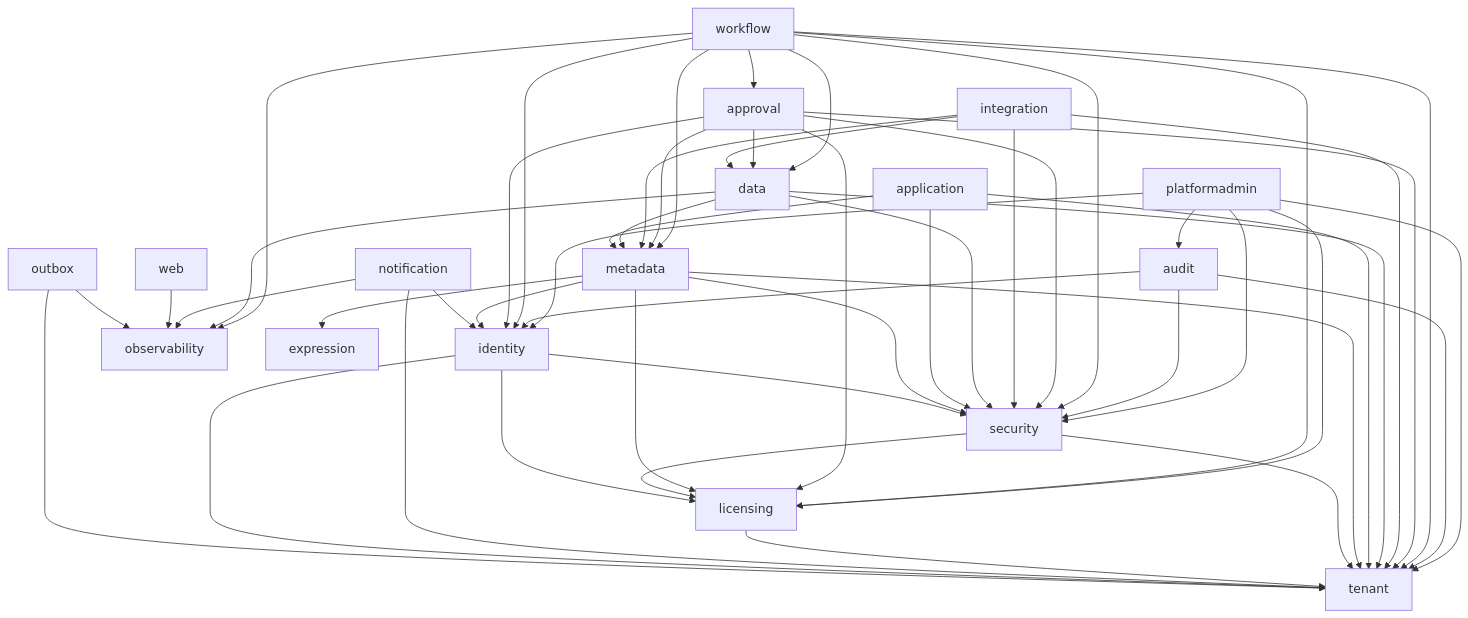
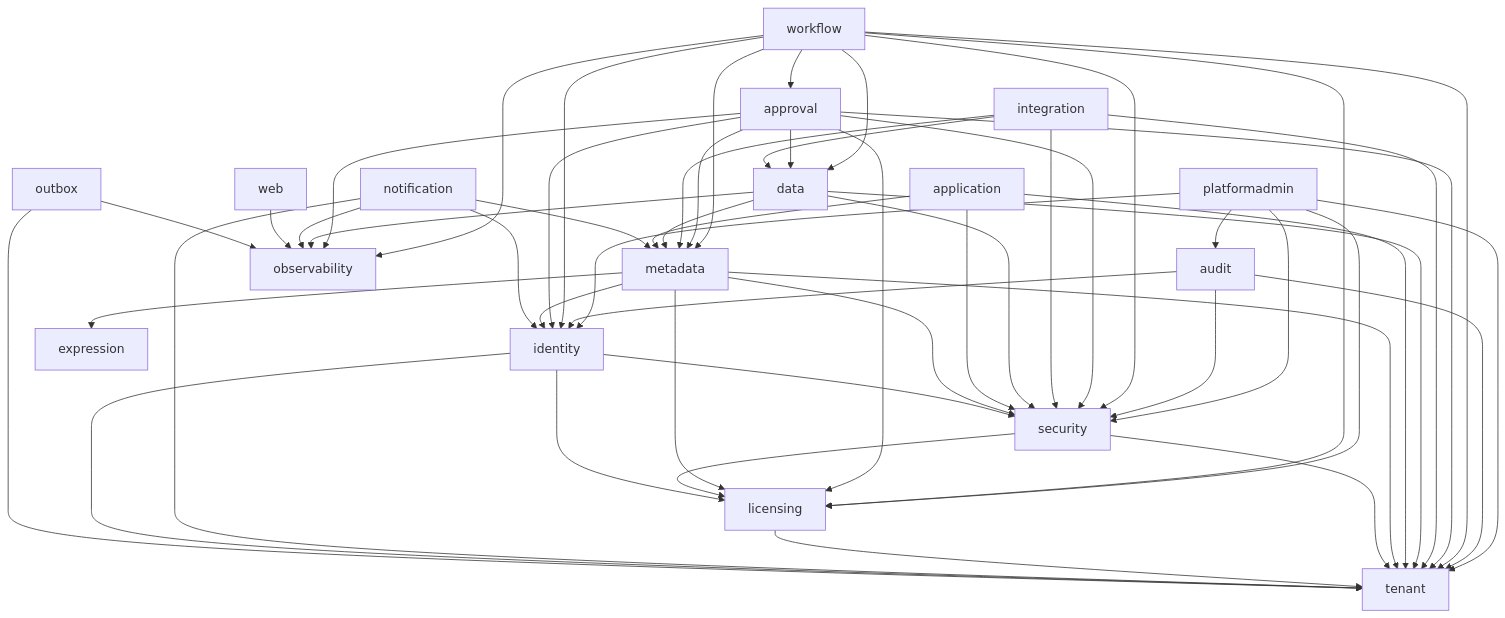
One commit to JKCloudbridge/SaaSJAVA changed the diagram in docs/modules.md. Above: the diagram before and after it, drawn with Mermaid. The commit also changed other lines of this file and 208 other files, not shown here.

````diff
--- a/docs/modules.md
+++ b/docs/modules.md
@@ -31,17 +31,17 @@
 ```mermaid
 graph TD
   platformadmin --> licensing & identity & security & audit & tenant
   audit --> identity & security & tenant
   workflow --> data & metadata & security & identity & licensing & observability & tenant & approval
-  approval --> data & metadata & security & identity & licensing & tenant
+  approval --> data & metadata & security & identity & licensing & tenant & observability
   integration --> data & metadata & security & tenant
   data --> metadata & security & tenant & observability
   application --> metadata & security & tenant
   metadata --> security & identity & tenant & expression & licensing
   security --> licensing & tenant
   licensing --> tenant
-  notification --> identity & tenant & observability
+  notification --> identity & tenant & observability & metadata
   identity --> tenant & licensing & security
   web --> observability
   outbox --> tenant & observability
 ```
````
